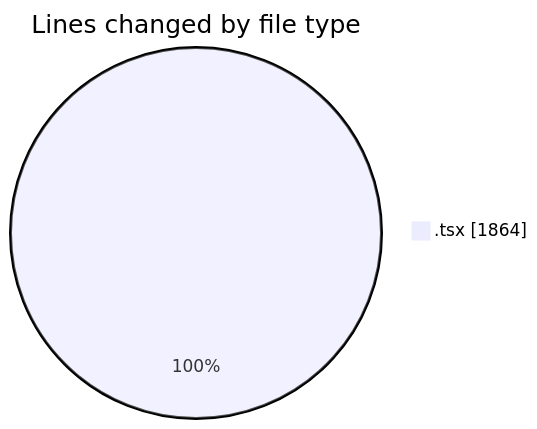
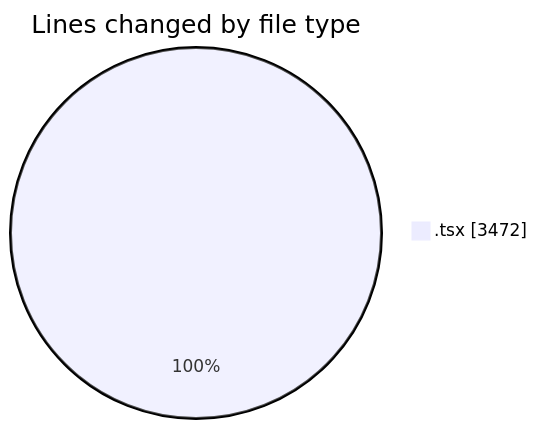
The first of 2 diagrams in 2026-07-06/nxtqube_webapp/README.md (nxtqubesakshisongat/code-tracking), drawn with Mermaid before and after one commit. The commit also changed other lines of this file and 1 other file, not shown here.

````diff
--- a/2026-07-06/nxtqube_webapp/README.md
+++ b/2026-07-06/nxtqube_webapp/README.md
@@ -24,5 +25,5 @@
 ```mermaid
 pie showData
 title Lines changed by file type
-".tsx" : 1864
+".tsx" : 3472
 ```
````
